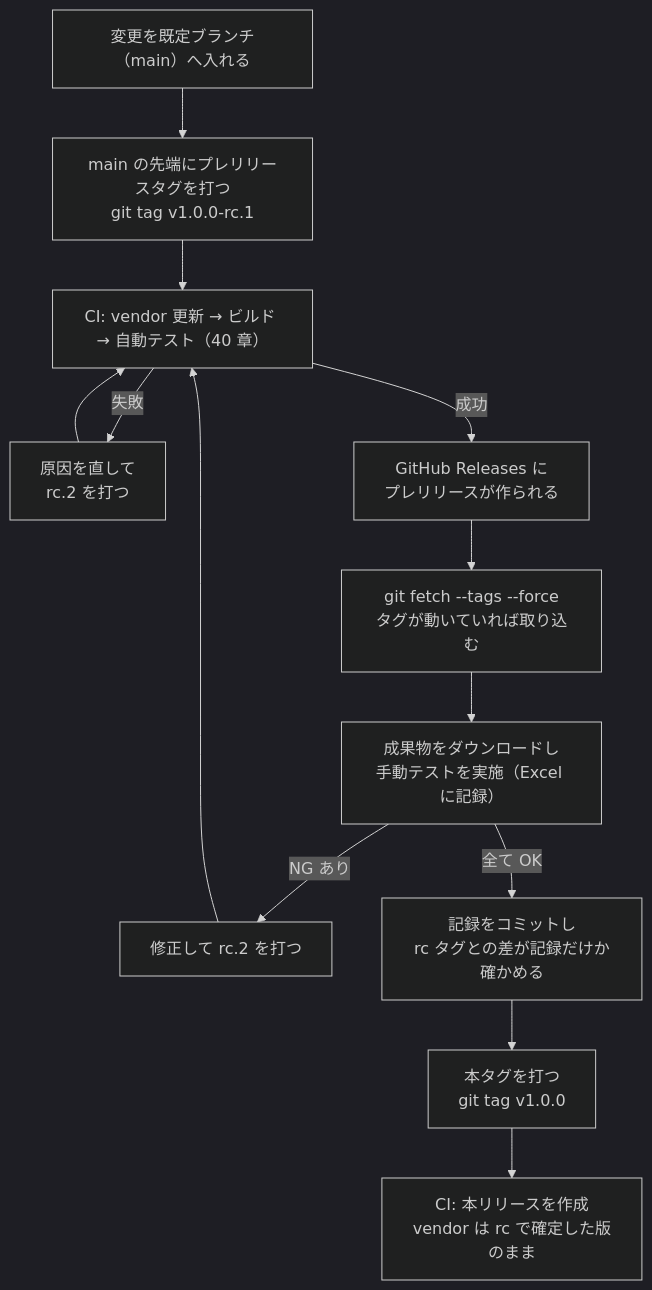
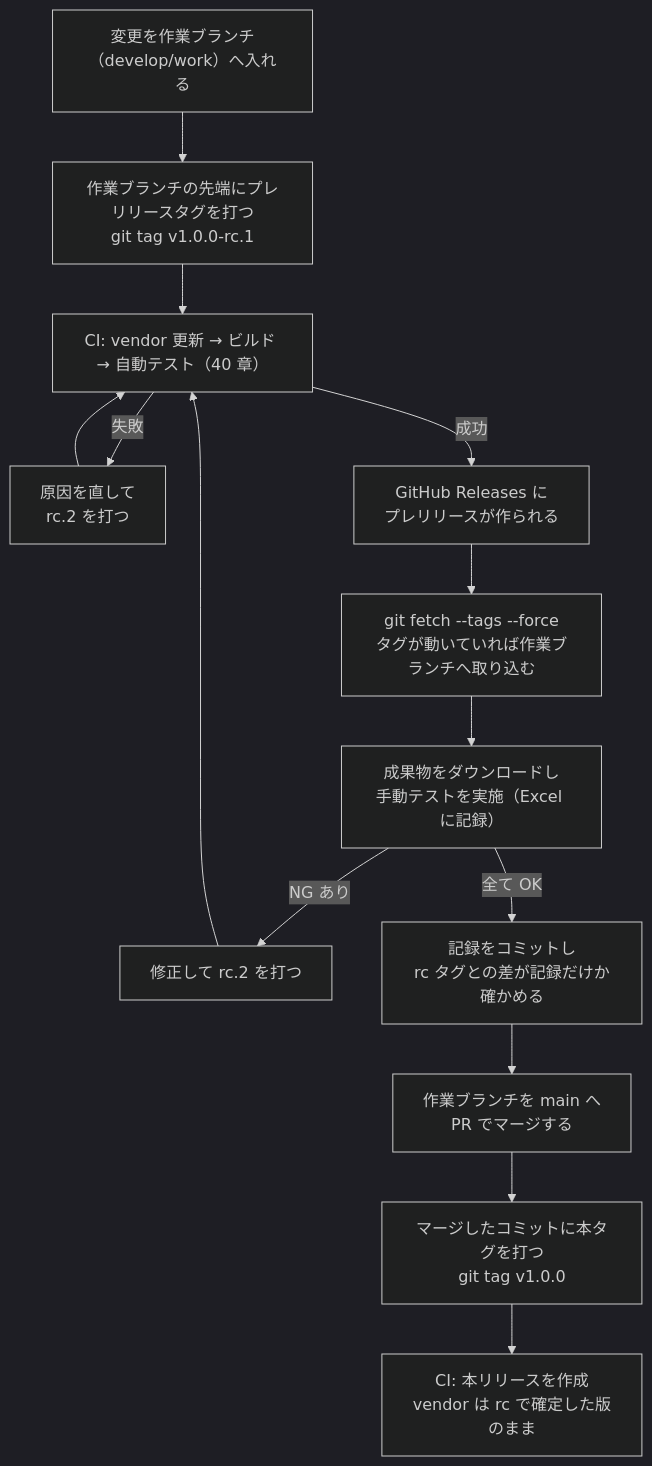
One commit to kznagamori/go_MarkView changed the diagram in docs/specs/41-e2e-manual.md. Above: the diagram before and after it, drawn with Mermaid (dark theme). The commit also changed other lines of this file and 14 other files, not shown here.

First line of the commit message:
docs: BUG-030 を起票し、PlantUML の上限と rc の手順を仕様に書く（仕様 4.96.0）

````diff
--- a/docs/specs/41-e2e-manual.md
+++ b/docs/specs/41-e2e-manual.md
@@ -112,15 +112,16 @@
 ```mermaid
 flowchart TD
-    A["変更を既定ブランチ（main）へ入れる"] --> B["main の先端にプレリリースタグを打つ<br/>git tag v1.0.0-rc.1"]
+    A["変更を作業ブランチ（develop/work）へ入れる"] --> B["作業ブランチの先端にプレリリースタグを打つ<br/>git tag v1.0.0-rc.1"]
     B --> C["CI: vendor 更新 → ビルド → 自動テスト（40 章）"]
     C -->|失敗| F1["原因を直して<br/>rc.2 を打つ"]
     C -->|成功| D["GitHub Releases に<br/>プレリリースが作られる"]
-    D --> D2["git fetch --tags --force<br/>タグが動いていれば取り込む"]
+    D --> D2["git fetch --tags --force<br/>タグが動いていれば作業ブランチへ取り込む"]
     D2 --> E["成果物をダウンロードし<br/>手動テストを実施（Excel に記録）"]
     E -->|NG あり| F2["修正して rc.2 を打つ"]
     E -->|全て OK| G0["記録をコミットし<br/>rc タグとの差が記録だけか確かめる"]
-    G0 --> G["本タグを打つ<br/>git tag v1.0.0"]
+    G0 --> G1["作業ブランチを main へ<br/>PR でマージする"]
+    G1 --> G["マージしたコミットに本タグを打つ<br/>git tag v1.0.0"]
     G --> H["CI: 本リリースを作成<br/>vendor は rc で確定した版のまま"]
     F1 --> C
     F2 --> C
 ```
````
